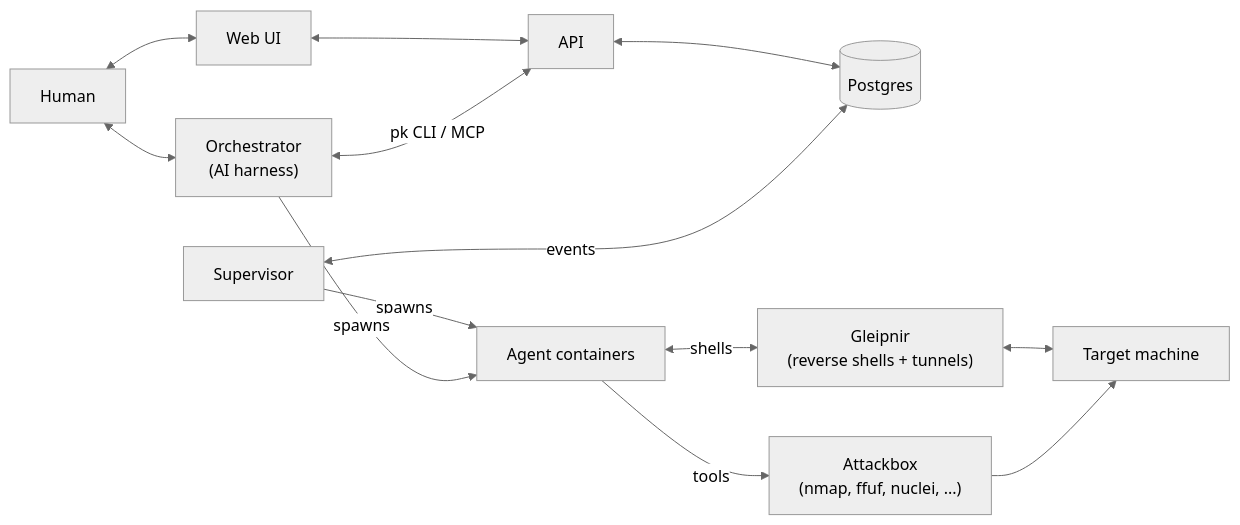
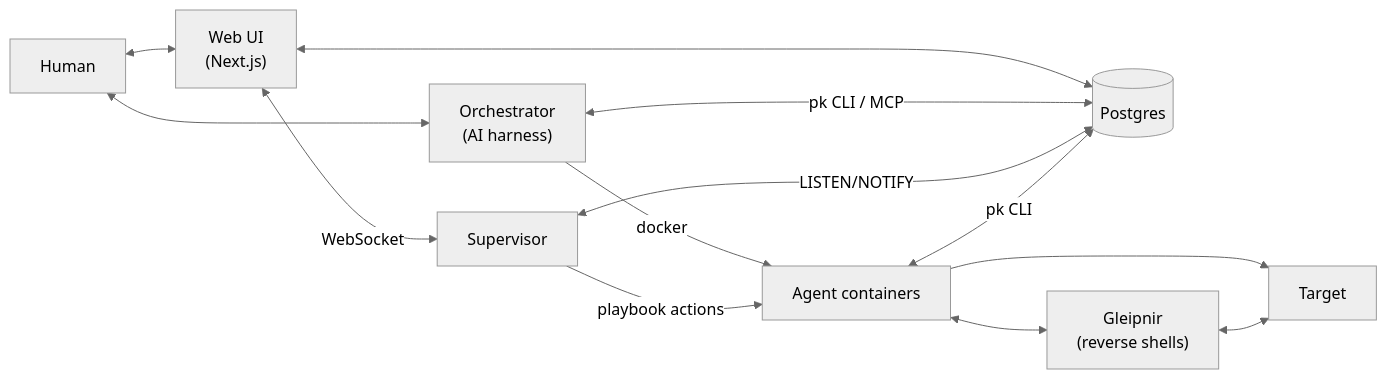
The diagram in README.md (Saturate/PromptKiddie), drawn with Mermaid (neutral theme) before and after one commit. The commit also changed 1 other file, not shown here.

Commit message:
docs: add spec for API-only data access

````diff
--- a/README.md
+++ b/README.md
@@ -52,20 +52,19 @@
 ```mermaid
 graph LR
-    Human["Human"] <--> WebUI["Web UI"]
+    Human <--> WebUI["Web UI<br>(Next.js)"]
     Human <--> Orchestrator["Orchestrator<br>(AI harness)"]
 
-    WebUI <--> API
-    Orchestrator <-->|pk CLI / MCP| API
+    WebUI <--> DB[(Postgres)]
+    WebUI <-->|WebSocket| Supervisor
 
-    API <--> DB[(Postgres)]
-    Supervisor <-->|events| DB
+    Orchestrator <-->|pk CLI / MCP| DB
+    Orchestrator -->|docker| Agents["Agent containers"]
 
-    Supervisor -->|spawns| Agents["Agent containers"]
-    Orchestrator -->|spawns| Agents
+    Supervisor <-->|LISTEN/NOTIFY| DB
+    Supervisor -->|playbook actions| Agents
 
-    Agents -->|tools| Tooling["Attackbox<br>(nmap, ffuf, nuclei, ...)"]
-    Agents <-->|shells| Gleipnir["Gleipnir<br>(reverse shells + tunnels)"]
-
-    Gleipnir <--> Target["Target machine"]
-    Tooling --> Target
+    Agents <-->|pk CLI| DB
+    Agents --> Target["Target"]
+    Agents <--> Gleipnir["Gleipnir<br>(reverse shells)"]
+    Gleipnir <--> Target
 ```
````
